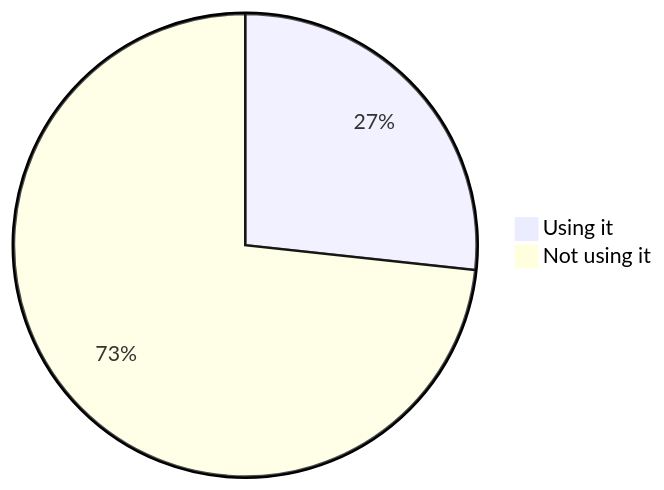
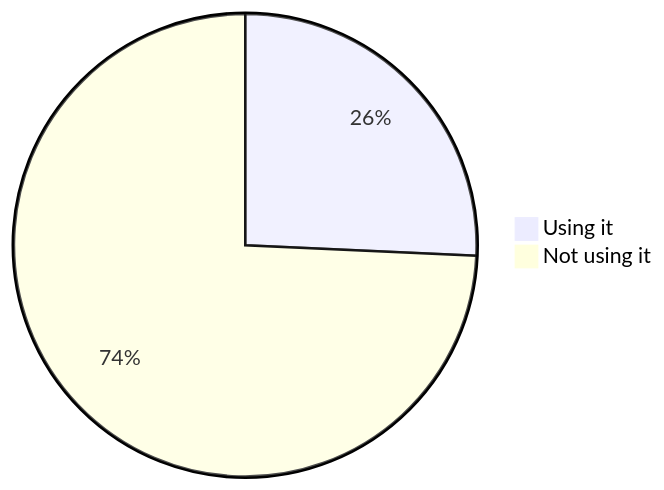
One commit to oshp/oshp-stats changed the ninth of 22 diagrams in stats.md. Above: the diagram before and after it, drawn with Mermaid. The commit also changed other lines of this file, not shown here.

````diff
--- a/stats.md
+++ b/stats.md
@@ -106,6 +106,6 @@
 ```mermaid
 pie
-	"Using it" : 26.71
-	"Not using it" : 73.29
+	"Using it" : 25.72
+	"Not using it" : 74.28
 
 ```
````
